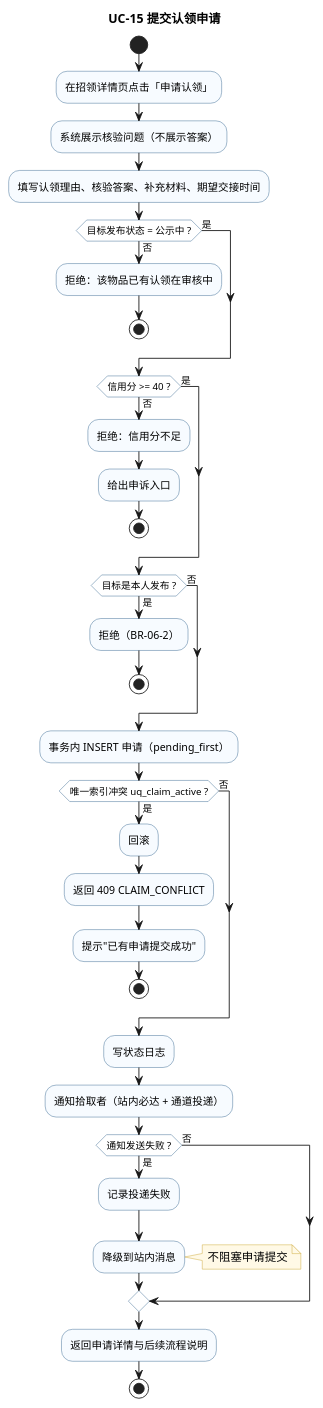
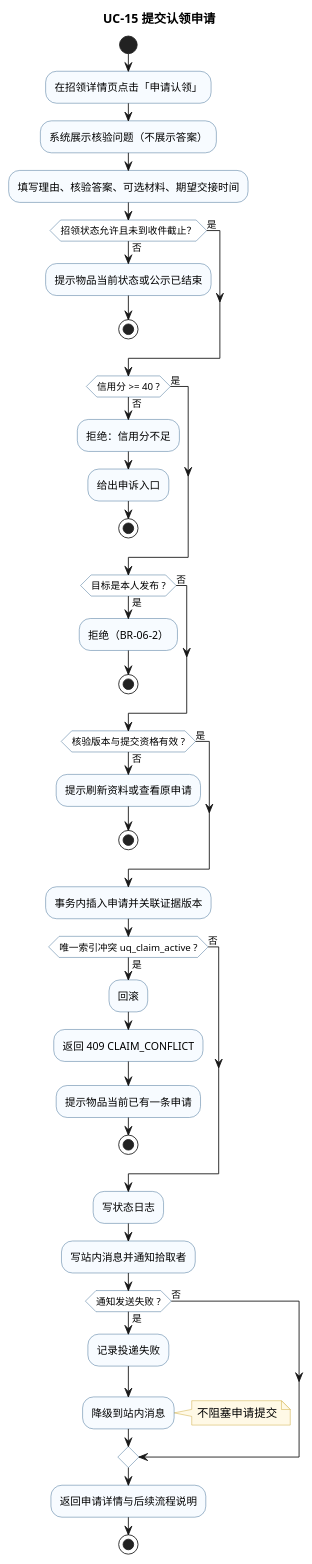
One commit to phao90016-jpg/Tongji-campus-lost-found changed the diagram in models/sequence/act-uc15-submit-claim.puml. Above: the diagram before and after it, drawn with PlantUML. The commit also changed 50 other files, not shown here.

```diff
--- a/models/sequence/act-uc15-submit-claim.puml
+++ b/models/sequence/act-uc15-submit-claim.puml
@@ -1,67 +1,72 @@
 @startuml act-uc15-submit-claim
 ' ============================================================
 ' UC-15 提交认领申请 · 活动图
 ' 对应 SRS §4.2
 ' ============================================================
 title UC-15 提交认领申请
 
 skinparam defaultFontName "Microsoft YaHei"
 skinparam shadowing false
 skinparam activity {
   BackgroundColor #F7FBFF
   BorderColor #2C5F8A
   DiamondBackgroundColor #FFFFFF
 }
 skinparam note {
   BackgroundColor #FFF9E6
   BorderColor #C9A227
 }
 
 start
 
 :在招领详情页点击「申请认领」;
 :系统展示核验问题（不展示答案）;
-:填写认领理由、核验答案、补充材料、期望交接时间;
+:填写理由、核验答案、可选材料、期望交接时间;
 
-if (目标发布状态 = 公示中 ?) then (否)
-  :拒绝：该物品已有认领在审核中;
+if (招领状态允许且未到收件截止？) then (否)
+  :提示物品当前状态或公示已结束;
   stop
 else (是)
 endif
 
 if (信用分 >= 40 ?) then (否)
   :拒绝：信用分不足;
   :给出申诉入口;
   stop
 else (是)
 endif
 
 if (目标是本人发布 ?) then (是)
   :拒绝（BR-06-2）;
   stop
 else (否)
 endif
 
-:事务内 INSERT 申请（pending_first）;
+if (核验版本与提交资格有效 ?) then (否)
+  :提示刷新资料或查看原申请;
+  stop
+else (是)
+endif
+:事务内插入申请并关联证据版本;
 
 if (唯一索引冲突 uq_claim_active ?) then (是)
   :回滚;
   :返回 409 CLAIM_CONFLICT;
-  :提示"已有申请提交成功";
+  :提示物品当前已有一条申请;
   stop
 else (否)
 endif
 
 :写状态日志;
-:通知拾取者（站内必达 + 通道投递）;
+:写站内消息并通知拾取者;
 if (通知发送失败 ?) then (是)
   :记录投递失败;
   :降级到站内消息;
   note right : 不阻塞申请提交
 else (否)
 endif
 
 :返回申请详情与后续流程说明;
 stop
 
 @enduml
```
